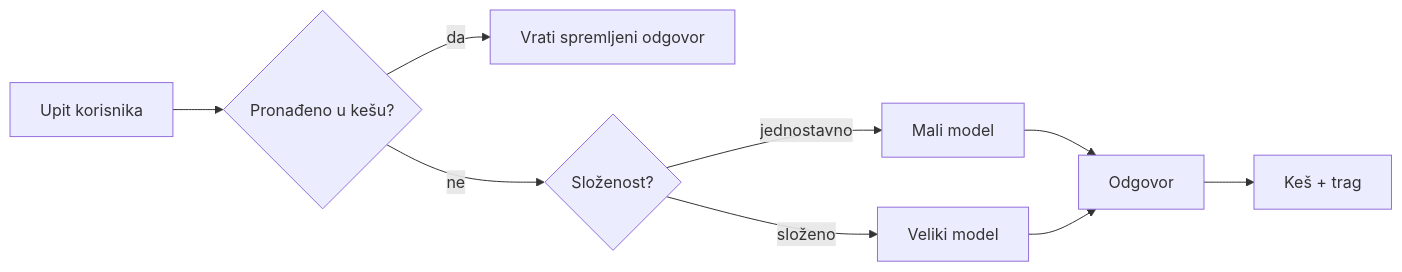
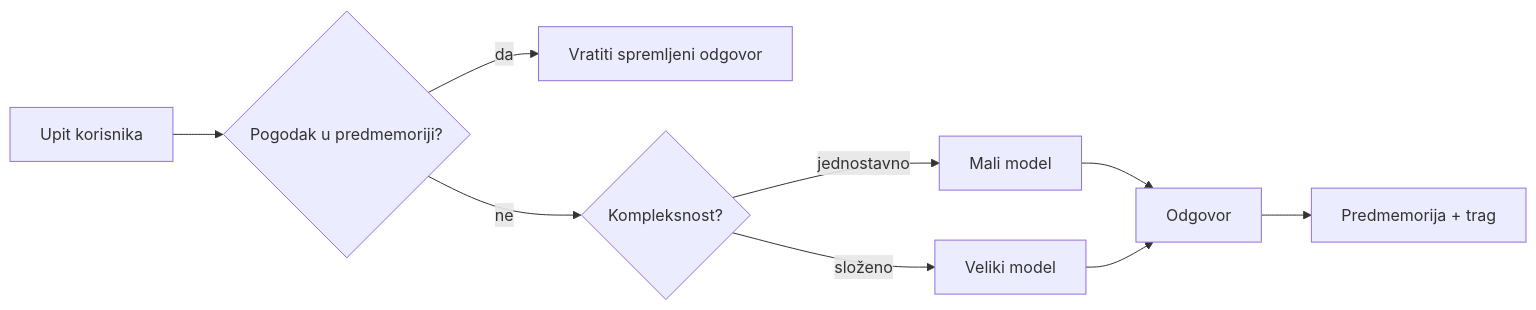
The third of 4 diagrams in mirrors/repos/microsoft@ai-agents-for-beginners/translations/hr/16-deploying-scalable-agents/README.md (gabrielmoreira/agent-skills-mirror), drawn with Mermaid before and after one commit. The commit also changed other lines of this file and 3581 other files, not shown here.

````diff
--- a/mirrors/repos/microsoft@ai-agents-for-beginners/translations/hr/16-deploying-scalable-agents/README.md
+++ b/mirrors/repos/microsoft@ai-agents-for-beginners/translations/hr/16-deploying-scalable-agents/README.md
@@ -134,11 +134,11 @@
 ```mermaid
 flowchart LR
-    Q[Upit korisnika] --> C{Pronađeno u kešu?}
-    C -->|da| R[Vrati spremljeni odgovor]
-    C -->|ne| Router{Složenost?}
+    Q[Upit korisnika] --> C{Pogodak u predmemoriji?}
+    C -->|da| R[Vratiti spremljeni odgovor]
+    C -->|ne| Router{Kompleksnost?}
     Router -->|jednostavno| SLM[Mali model]
     Router -->|složeno| LLM[Veliki model]
     SLM --> Out[Odgovor]
     LLM --> Out
-    Out --> Store[Keš + trag]
+    Out --> Store[Predmemorija + trag]
 ```
````
